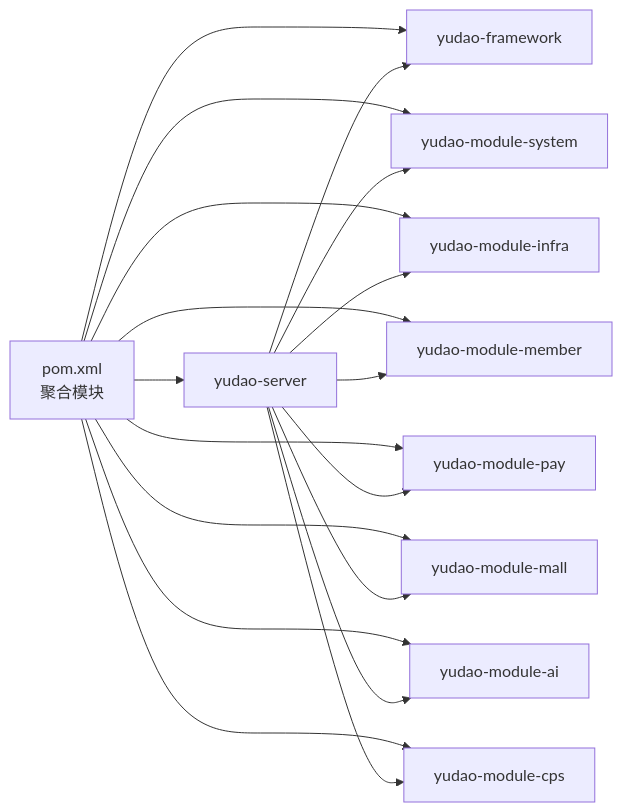
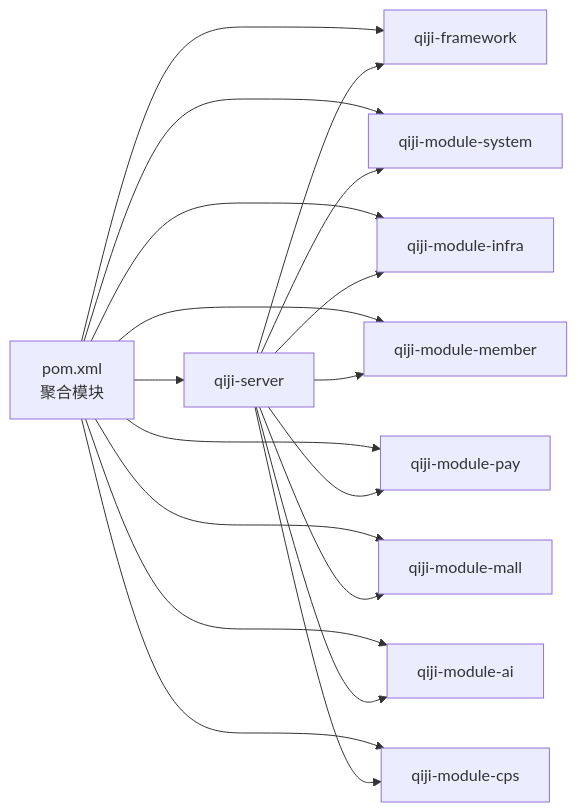
One commit to zhuangpengLI/AgenticCPS changed the sixth of 6 diagrams in backend/.qoder/repowiki/zh/content/部署与运维/部署与运维.md. Above: the diagram before and after it, drawn with Mermaid. The commit also changed other lines of this file and 3489 other files, not shown here.

````diff
--- a/backend/.qoder/repowiki/zh/content/部署与运维/部署与运维.md
+++ b/backend/.qoder/repowiki/zh/content/部署与运维/部署与运维.md
@@ -330,20 +330,20 @@
 ```mermaid
 graph LR
-P["pom.xml<br/>聚合模块"] --> S["yudao-server"]
-P --> F["yudao-framework"]
-P --> M1["yudao-module-system"]
-P --> M2["yudao-module-infra"]
-P --> M3["yudao-module-member"]
-P --> M4["yudao-module-pay"]
-P --> M5["yudao-module-mall"]
-P --> M6["yudao-module-ai"]
-P --> M7["yudao-module-cps"]
+P["pom.xml<br/>聚合模块"] --> S["qiji-server"]
+P --> F["qiji-framework"]
+P --> M1["qiji-module-system"]
+P --> M2["qiji-module-infra"]
+P --> M3["qiji-module-member"]
+P --> M4["qiji-module-pay"]
+P --> M5["qiji-module-mall"]
+P --> M6["qiji-module-ai"]
+P --> M7["qiji-module-cps"]
 S --> F
 S --> M1
 S --> M2
 S --> M3
 S --> M4
 S --> M5
 S --> M6
 S --> M7
 ```
````
